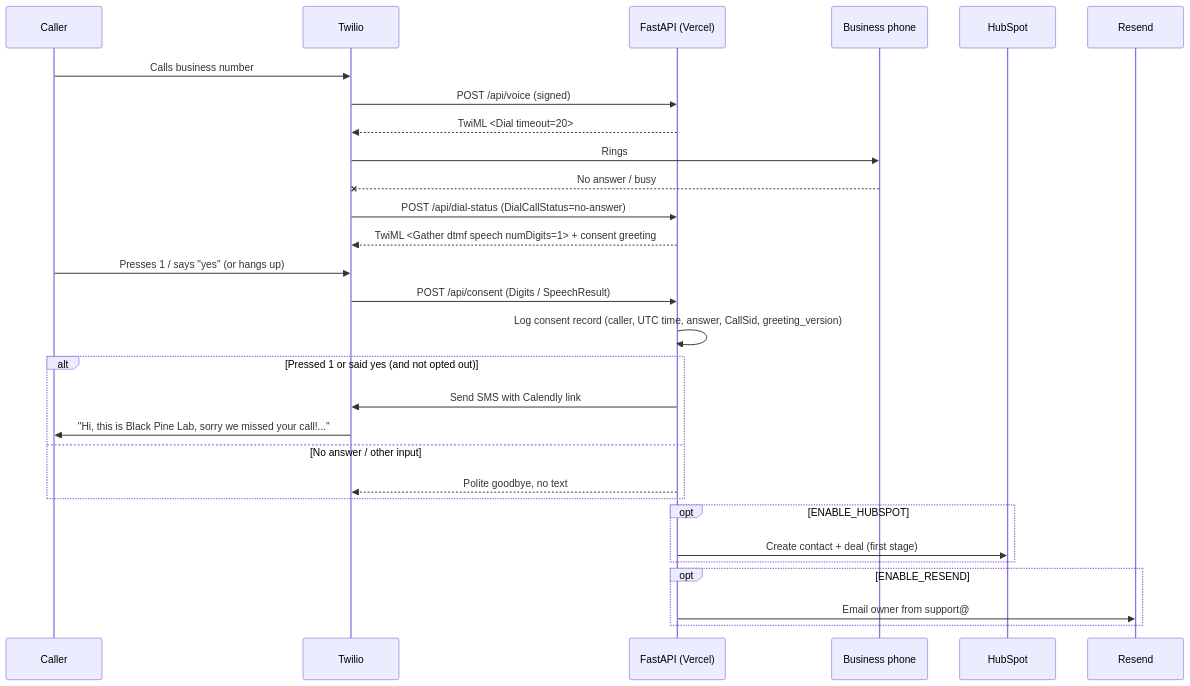
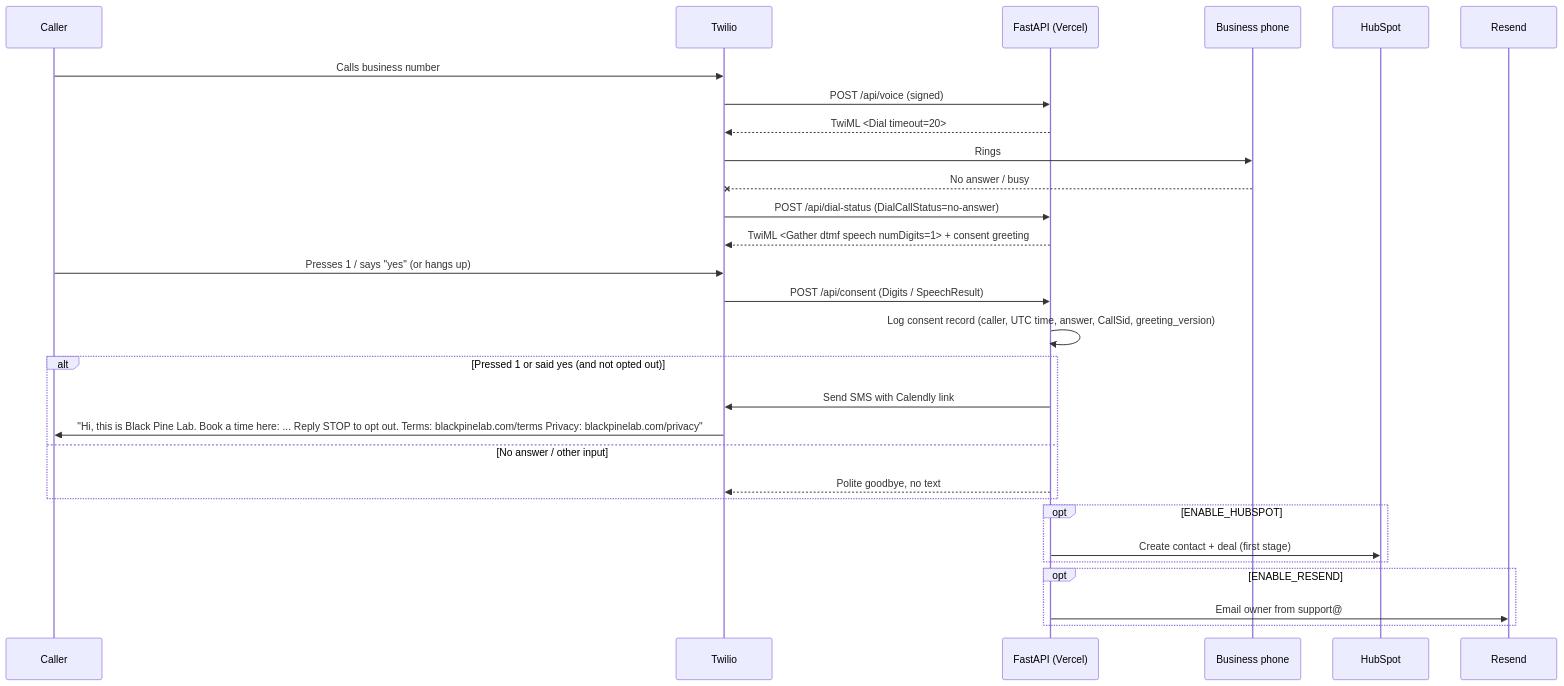
Before and after one commit to silasblackpine/missed-call-agent-demo: the diagram in README.md, drawn with Mermaid. The commit also changed other lines of this file and 4 other files, not shown here.

````diff
--- a/README.md
+++ b/README.md
@@ -9,31 +9,31 @@
 ```mermaid
 sequenceDiagram
     participant Caller
     participant Twilio
     participant App as FastAPI (Vercel)
     participant Phone as Business phone
     participant HubSpot
     participant Resend
     Caller->>Twilio: Calls business number
     Twilio->>App: POST /api/voice (signed)
     App-->>Twilio: TwiML <Dial timeout=20>
     Twilio->>Phone: Rings
     Phone--xTwilio: No answer / busy
     Twilio->>App: POST /api/dial-status (DialCallStatus=no-answer)
     App-->>Twilio: TwiML <Gather dtmf speech numDigits=1> + consent greeting
     Caller->>Twilio: Presses 1 / says "yes" (or hangs up)
     Twilio->>App: POST /api/consent (Digits / SpeechResult)
     App->>App: Log consent record (caller, UTC time, answer, CallSid, greeting_version)
     alt Pressed 1 or said yes (and not opted out)
         App->>Twilio: Send SMS with Calendly link
-        Twilio->>Caller: "Hi, this is Black Pine Lab, sorry we missed your call!..."
+        Twilio->>Caller: "Hi, this is Black Pine Lab. Book a time here: ... Reply STOP to opt out. Terms: blackpinelab.com/terms Privacy: blackpinelab.com/privacy"
     else No answer / other input
         App-->>Twilio: Polite goodbye, no text
     end
     opt ENABLE_HUBSPOT
         App->>HubSpot: Create contact + deal (first stage)
     end
     opt ENABLE_RESEND
         App->>Resend: Email owner from support@
     end
 ```
````
